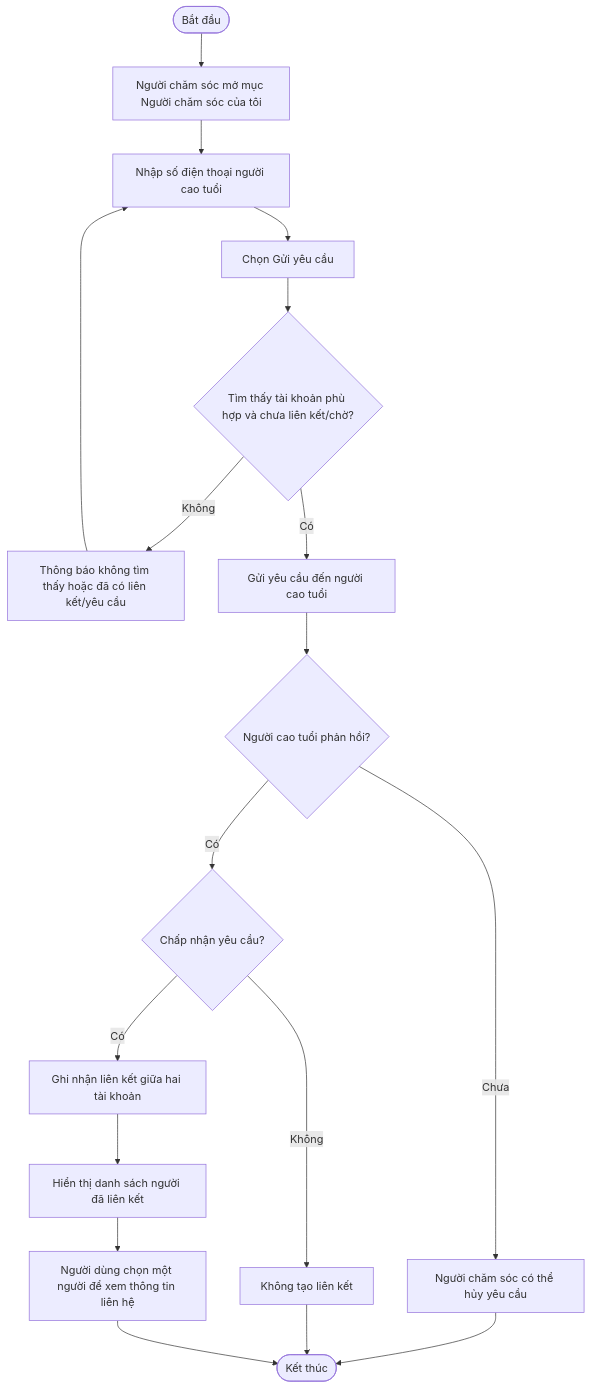
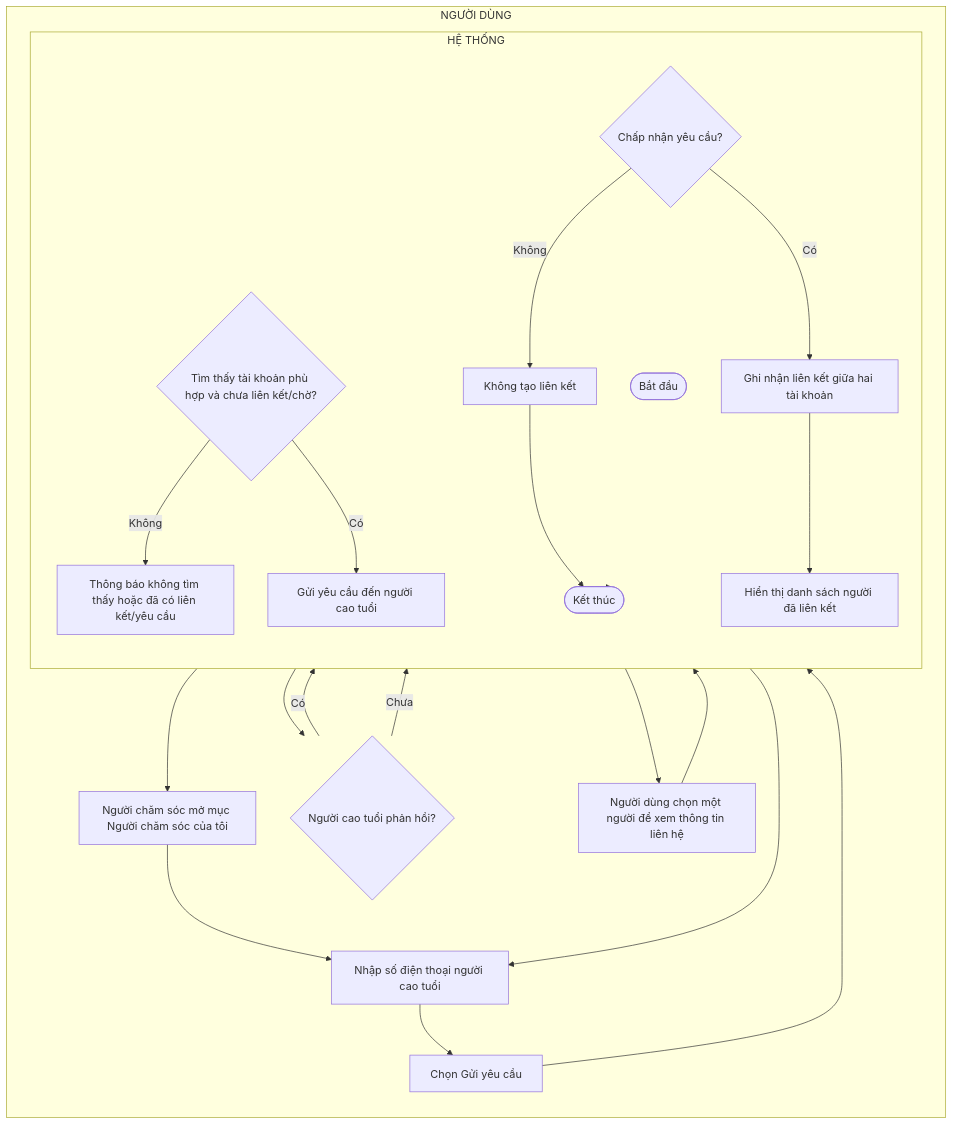
Diagram 12 of 17 in docs/bieu_do_hoat_dong_usecase.md (Iron045/geriatricare), drawn with Mermaid before and after one commit. The commit also changed other lines of this file, not shown here.

Commit message:
docs: split activity diagrams into user and system swimlanes

````diff
--- a/docs/bieu_do_hoat_dong_usecase.md
+++ b/docs/bieu_do_hoat_dong_usecase.md
@@ -218,17 +436,38 @@
 ```mermaid
-flowchart TD
- S([Bắt đầu]) --> A[Người chăm sóc mở mục Người chăm sóc của tôi]
- A --> B[Nhập số điện thoại người cao tuổi]
- B --> C[Chọn Gửi yêu cầu]
- C --> D{Tìm thấy tài khoản phù hợp và chưa liên kết/chờ?}
- D -- Không --> E[Thông báo không tìm thấy hoặc đã có liên kết/yêu cầu] --> B
- D -- Có --> F[Gửi yêu cầu đến người cao tuổi]
- F --> G{Người cao tuổi phản hồi?}
- G -- Chưa --> H[Người chăm sóc có thể hủy yêu cầu] --> T([Kết thúc])
- G -- Có --> I{Chấp nhận yêu cầu?}
- I -- Không --> J[Không tạo liên kết] --> T
- I -- Có --> K[Ghi nhận liên kết giữa hai tài khoản]
- K --> L[Hiển thị danh sách người đã liên kết]
- L --> M[Người dùng chọn một người để xem thông tin liên hệ]
- M --> T
+flowchart LR
+  subgraph U["NGƯỜI DÙNG"]
+    direction TB
+    A[Người chăm sóc mở mục Người chăm sóc của tôi]
+    B[Nhập số điện thoại người cao tuổi]
+    C[Chọn Gửi yêu cầu]
+    G{Người cao tuổi phản hồi?}
+    H[Người chăm sóc có thể hủy yêu cầu]
+    M[Người dùng chọn một người để xem thông tin liên hệ]
+  end
+  subgraph H["HỆ THỐNG"]
+    direction TB
+    S([Bắt đầu])
+    D{Tìm thấy tài khoản phù hợp và chưa liên kết/chờ?}
+    E[Thông báo không tìm thấy hoặc đã có liên kết/yêu cầu]
+    F[Gửi yêu cầu đến người cao tuổi]
+    T([Kết thúc])
+    I{Chấp nhận yêu cầu?}
+    J[Không tạo liên kết]
+    K[Ghi nhận liên kết giữa hai tài khoản]
+    L[Hiển thị danh sách người đã liên kết]
+  end
+  S --> A
+  A --> B
+  B --> C
+  C --> D
+  D -- Không --> E --> B
+  D -- Có --> F
+  F --> G
+  G -- Chưa --> H --> T
+  G -- Có --> I
+  I -- Không --> J --> T
+  I -- Có --> K
+  K --> L
+  L --> M
+  M --> T
 ```
````
